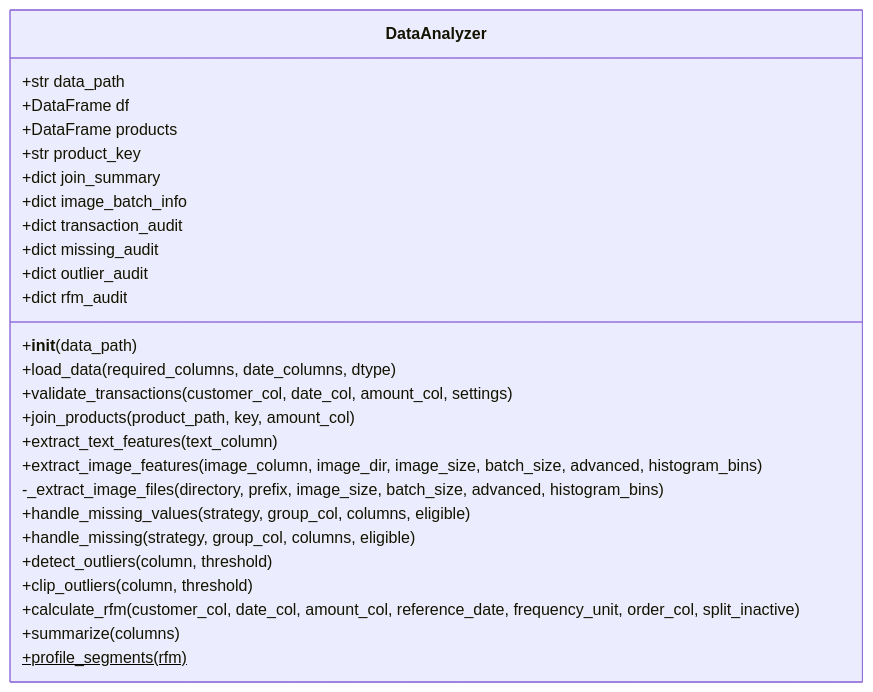
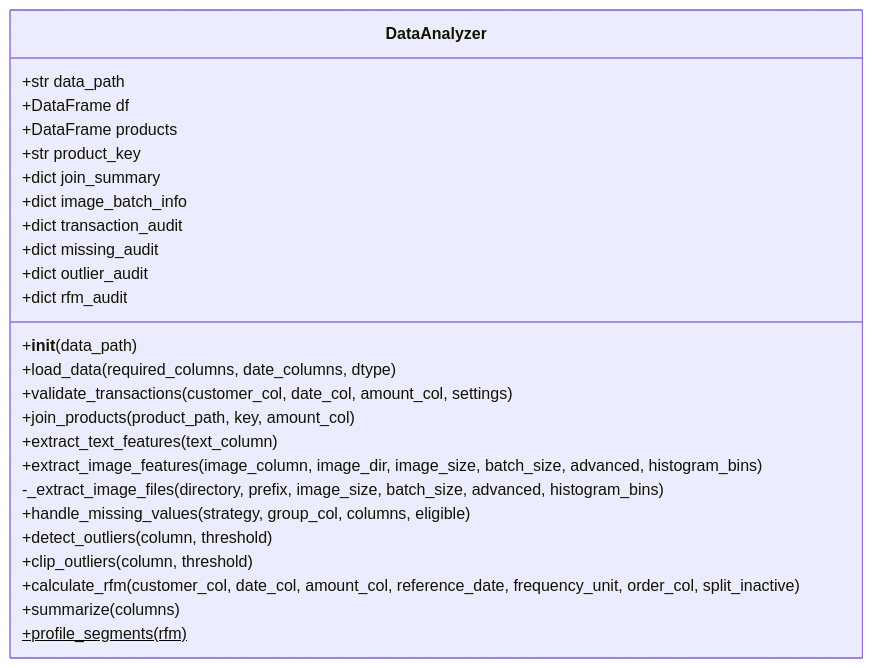
The second of 4 diagrams in README.md (ntt65/A1_1), drawn with Mermaid before and after one commit. The commit also changed other lines of this file and 5 other files, not shown here.

````diff
--- a/README.md
+++ b/README.md
@@ -653,29 +570,28 @@
 ```mermaid
 classDiagram
     class DataAnalyzer {
         +str data_path
         +DataFrame df
         +DataFrame products
         +str product_key
         +dict join_summary
         +dict image_batch_info
         +dict transaction_audit
         +dict missing_audit
         +dict outlier_audit
         +dict rfm_audit
         +__init__(data_path)
         +load_data(required_columns, date_columns, dtype)
         +validate_transactions(customer_col, date_col, amount_col, settings)
         +join_products(product_path, key, amount_col)
         +extract_text_features(text_column)
         +extract_image_features(image_column, image_dir, image_size, batch_size, advanced, histogram_bins)
         -_extract_image_files(directory, prefix, image_size, batch_size, advanced, histogram_bins)
         +handle_missing_values(strategy, group_col, columns, eligible)
-        +handle_missing(strategy, group_col, columns, eligible)
         +detect_outliers(column, threshold)
         +clip_outliers(column, threshold)
         +calculate_rfm(customer_col, date_col, amount_col, reference_date, frequency_unit, order_col, split_inactive)
         +summarize(columns)
         +profile_segments(rfm)$
     }
 ```
````
